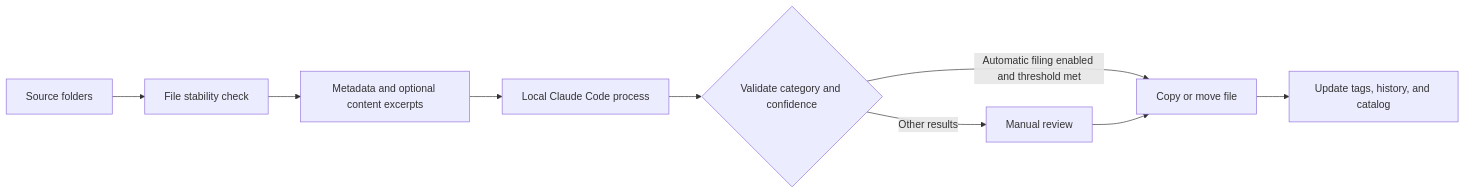
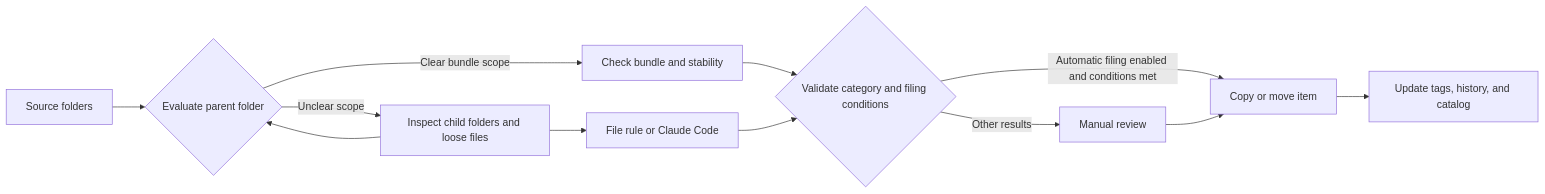
Before and after one commit to AHuaWinliver/FileAtlas: the diagram in README.en.md, drawn with Mermaid. The commit also changed other lines of this file and 13 other files, not shown here.

````diff
--- a/README.en.md
+++ b/README.en.md
@@ -65,11 +97,14 @@
 ```mermaid
 flowchart LR
-    A[Source folders] --> B[File stability check]
-    B --> C[Metadata and optional content excerpts]
-    C --> D[Local Claude Code process]
-    D --> E{Validate category and confidence}
-    E -->|Automatic filing enabled and threshold met| F[Copy or move file]
+    A[Source folders] --> B{Evaluate parent folder}
+    B -->|Clear bundle scope| C[Check bundle and stability]
+    B -->|Unclear scope| D[Inspect child folders and loose files]
+    D --> B
+    D --> I[File rule or Claude Code]
+    C --> E{Validate category and filing conditions}
+    I --> E
+    E -->|Automatic filing enabled and conditions met| F[Copy or move item]
     E -->|Other results| G[Manual review]
     G --> F
     F --> H[Update tags, history, and catalog]
 ```
````
